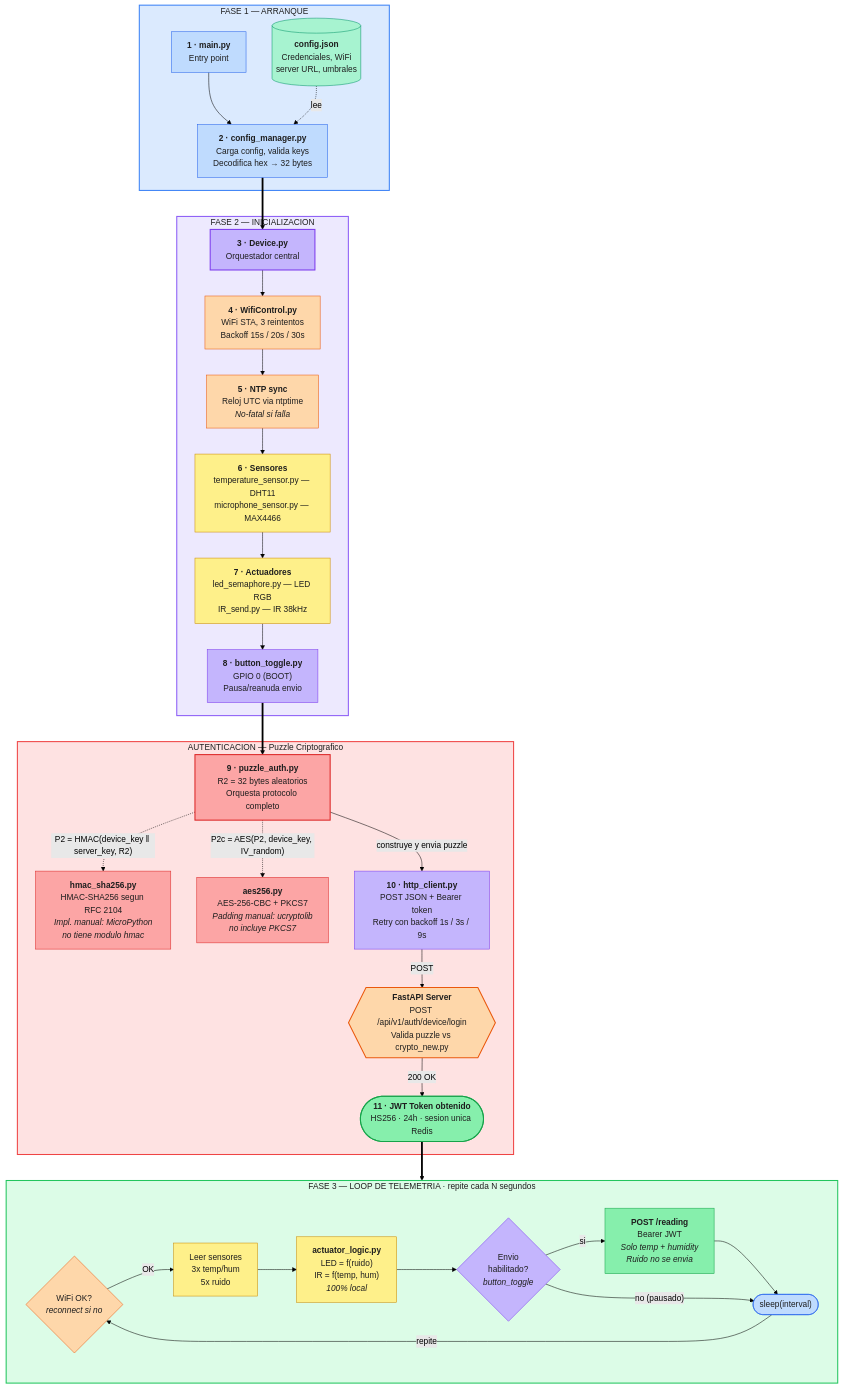
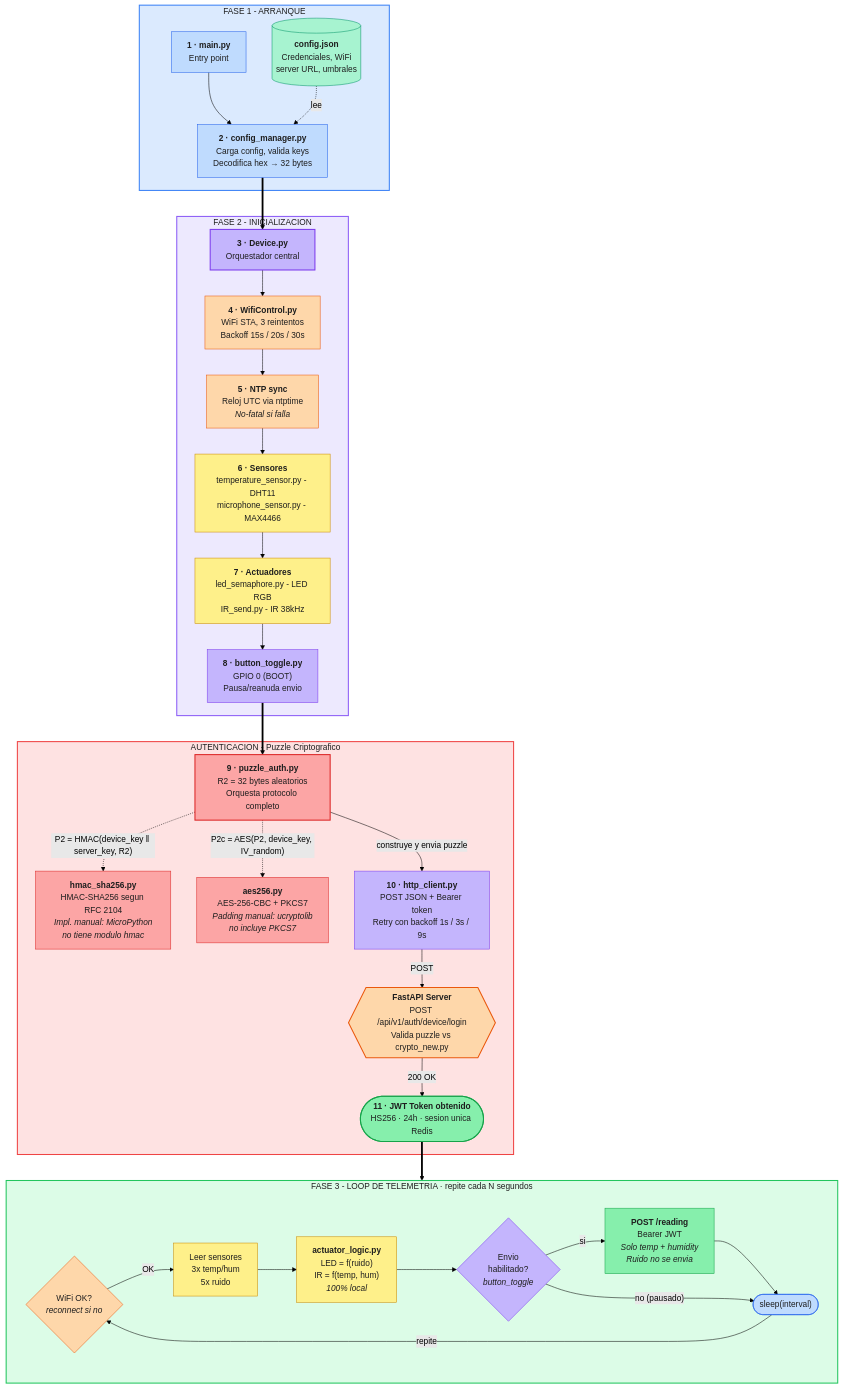
The diagram in device-firmware-micropython/README.md (agustinra24/auto-iotserver), drawn with Mermaid (forest theme) before and after one commit. The commit also changed other lines of this file and 3 other files, not shown here.

```diff
--- a/device-firmware-micropython/README.md
+++ b/device-firmware-micropython/README.md
@@ -66,7 +66,7 @@
     %% ══════════════════════════════════════════════
     %% FASE 1: ARRANQUE
     %% ══════════════════════════════════════════════
-    subgraph F1["FASE 1 — ARRANQUE"]
+    subgraph F1["FASE 1 - ARRANQUE"]
         S1["<b>1 · main.py</b><br/>Entry point"]
         S2["<b>2 · config_manager.py</b><br/>Carga config, valida keys<br/>Decodifica hex → 32 bytes"]
         DB[("<b>config.json</b><br/>Credenciales, WiFi<br/>server URL, umbrales")]
@@ -78,12 +78,12 @@
     %% ══════════════════════════════════════════════
     %% FASE 2: INICIALIZACION DE SUBSISTEMAS
     %% ══════════════════════════════════════════════
-    subgraph F2["FASE 2 — INICIALIZACION"]
+    subgraph F2["FASE 2 - INICIALIZACION"]
         S3["<b>3 · Device.py</b><br/>Orquestador central"]
         S4["<b>4 · WifiControl.py</b><br/>WiFi STA, 3 reintentos<br/>Backoff 15s / 20s / 30s"]
         S5["<b>5 · NTP sync</b><br/>Reloj UTC via ntptime<br/><i>No-fatal si falla</i>"]
-        S6["<b>6 · Sensores</b><br/>temperature_sensor.py — DHT11<br/>microphone_sensor.py — MAX4466"]
-        S7["<b>7 · Actuadores</b><br/>led_semaphore.py — LED RGB<br/>IR_send.py — IR 38kHz"]
+        S6["<b>6 · Sensores</b><br/>temperature_sensor.py - DHT11<br/>microphone_sensor.py - MAX4466"]
+        S7["<b>7 · Actuadores</b><br/>led_semaphore.py - LED RGB<br/>IR_send.py - IR 38kHz"]
         S7b["<b>8 · button_toggle.py</b><br/>GPIO 0 (BOOT)<br/>Pausa/reanuda envio"]
 
         S3 --> S4 --> S5 --> S6 --> S7 --> S7b
@@ -92,7 +92,7 @@
     %% ══════════════════════════════════════════════
     %% AUTENTICACION: PUZZLE CRIPTOGRAFICO
     %% ══════════════════════════════════════════════
-    subgraph AUTH["AUTENTICACION — Puzzle Criptografico"]
+    subgraph AUTH["AUTENTICACION - Puzzle Criptografico"]
         S8["<b>9 · puzzle_auth.py</b><br/>R2 = 32 bytes aleatorios<br/>Orquesta protocolo completo"]
 
         HMAC["<b>hmac_sha256.py</b><br/>HMAC-SHA256 segun RFC 2104<br/><i>Impl. manual: MicroPython<br/>no tiene modulo hmac</i>"]
@@ -114,7 +114,7 @@
     %% ══════════════════════════════════════════════
     %% FASE 3: LOOP DE TELEMETRIA
     %% ══════════════════════════════════════════════
-    subgraph F3["FASE 3 — LOOP DE TELEMETRIA · repite cada N segundos"]
+    subgraph F3["FASE 3 - LOOP DE TELEMETRIA · repite cada N segundos"]
         direction LR
         L1{"WiFi OK?<br/><i>reconnect si no</i>"}
         L2["Leer sensores<br/>3x temp/hum<br/>5x ruido"]
```
